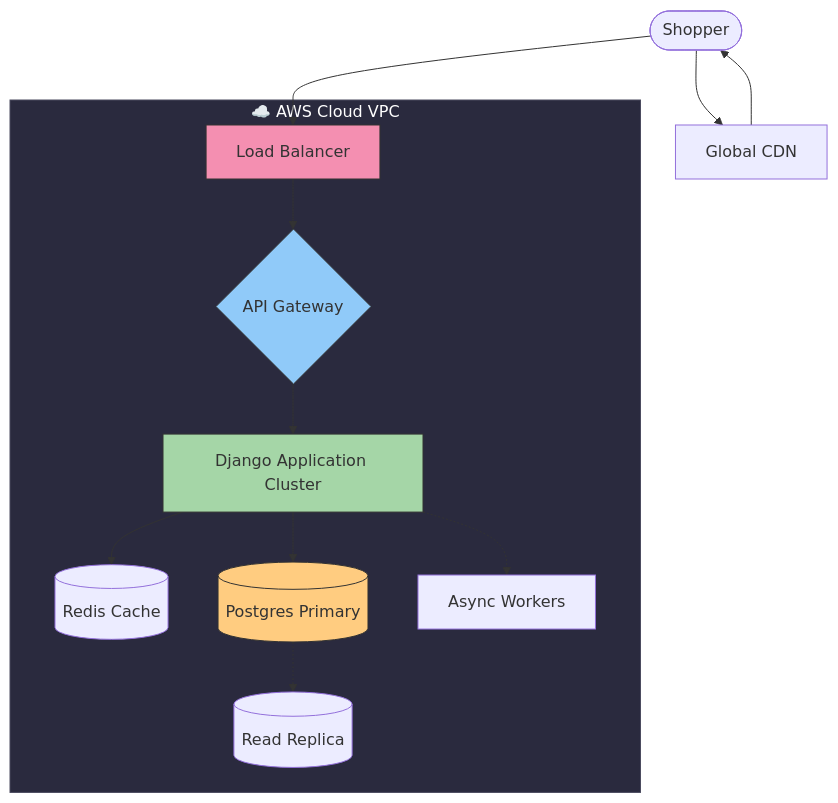
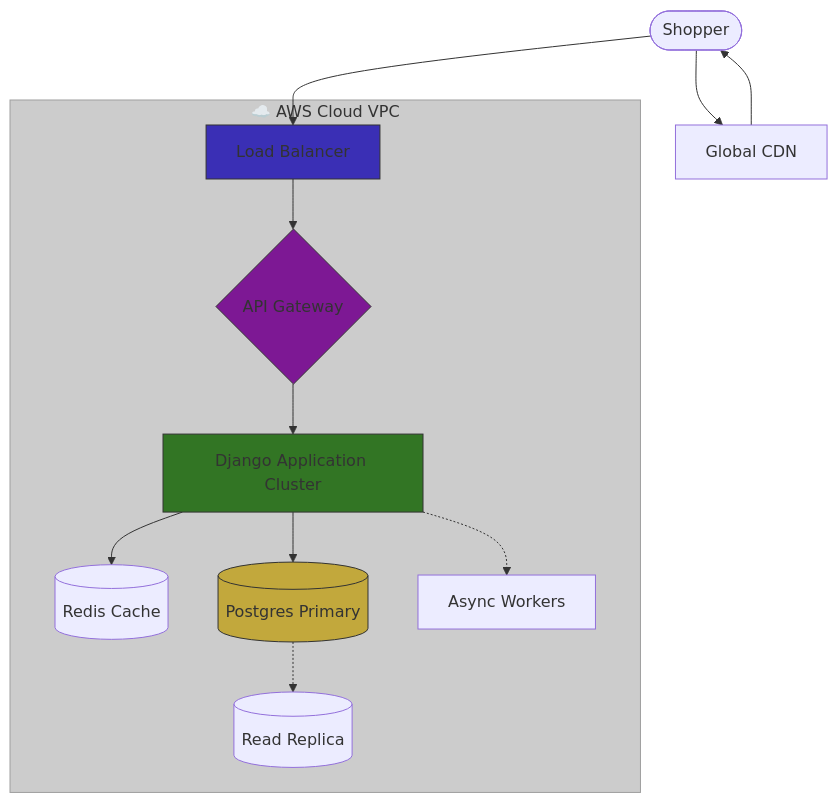
The diagram in documentation/business_scaling_presentation.md (antoniojlm84/super-fintech-payment), drawn with Mermaid before and after one commit. The commit also changed other lines of this file, not shown here.

````diff
--- a/documentation/business_scaling_presentation.md
+++ b/documentation/business_scaling_presentation.md
@@ -31,22 +23,22 @@
 ```mermaid
 graph TD
     subgraph Cloud["☁️ AWS Cloud VPC"]
         LB[Load Balancer] --> API{API Gateway}
         API --> Django[Django Application Cluster]
         Django --> Redis[(Redis Cache)]
         Django --> DB[(Postgres Primary)]
         DB -.-> Read[(Read Replica)]
         
         Django -.-> Workers[Async Workers]
     end
     
     User([Shopper]) --> CDN[Global CDN]
     CDN --> User
     User --> LB
     
-    style Cloud fill:#2a2a3e,stroke:#4a4a5e,color:#fff
-    style LB fill:#f48fb1,stroke:#333
-    style API fill:#90caf9,stroke:#333
-    style Django fill:#a5d6a7,stroke:#333
-    style DB fill:#ffcc80,stroke:#333
+    style Cloud fill:#CCCCCC,stroke:#9e9e9e,color:#333
+    style LB fill:#3A2FB5,stroke:#333
+    style API fill:#7D1894,stroke:#333
+    style Django fill:#327524,stroke:#333
+    style DB fill:#C2A83C,stroke:#333
 ```
````
